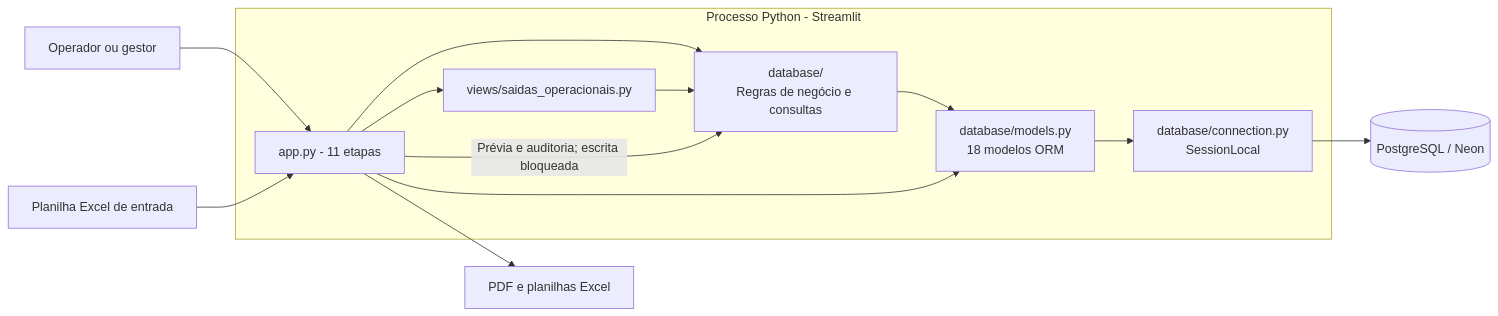
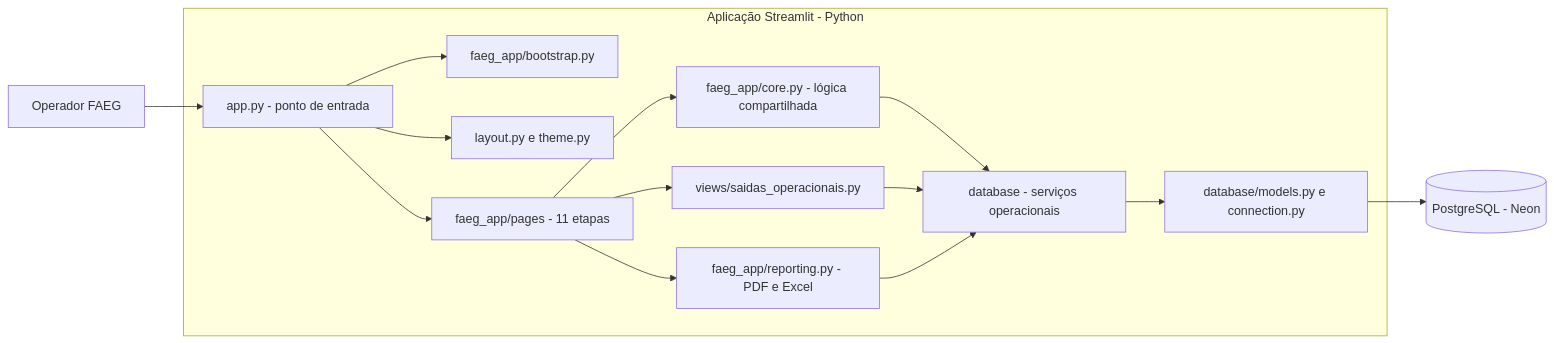
Before and after one commit to felpontes98/faeg-logistica-app: the diagram in docs/diagramas/componentes.md, drawn with Mermaid. The commit also changed other lines of this file and 21 other files, not shown here.

Commit message:
Docs: auditoria final, correcao dos diagramas e preparacao para banca

````diff
--- a/docs/diagramas/componentes.md
+++ b/docs/diagramas/componentes.md
@@ -3,28 +5,28 @@
 ```mermaid
 flowchart LR
-    Pessoa[Operador ou gestor]
-    subgraph APP["Processo Python - Streamlit"]
-        UI["app.py - 11 etapas"]
-        V["views/saidas_operacionais.py"]
-        B["database/
-Regras de negócio e consultas"]
-        M["database/models.py
-18 modelos ORM"]
-        C["database/connection.py
-SessionLocal"]
+    P["Operador FAEG"]
+    subgraph APP["Aplicação Streamlit - Python"]
+        ENTRY["app.py - ponto de entrada"]
+        BOOT["faeg_app/bootstrap.py"]
+        LAYOUT["layout.py e theme.py"]
+        PAGES["faeg_app/pages - 11 etapas"]
+        CORE["faeg_app/core.py - lógica compartilhada"]
+        REPORT["faeg_app/reporting.py - PDF e Excel"]
+        VIEWS["views/saidas_operacionais.py"]
+        SERVICES["database - serviços operacionais"]
+        ORM["database/models.py e connection.py"]
     end
-    NEON[(PostgreSQL / Neon)]
-    SAIDA[PDF e planilhas Excel]
-    FILE[Planilha Excel de entrada]
-    Pessoa --> UI
-    UI --> V
-    UI --> B
-    V --> B
-    B --> M
-    UI --> M
-    M --> C
-    C --> NEON
-    UI --> SAIDA
-    FILE --> UI
-    UI -->|Prévia e auditoria; escrita bloqueada| B
+    DB[("PostgreSQL - Neon")]
+    P --> ENTRY
+    ENTRY --> BOOT
+    ENTRY --> LAYOUT
+    ENTRY --> PAGES
+    PAGES --> CORE
+    PAGES --> REPORT
+    PAGES --> VIEWS
+    CORE --> SERVICES
+    VIEWS --> SERVICES
+    REPORT --> SERVICES
+    SERVICES --> ORM
+    ORM --> DB
 ```
````
